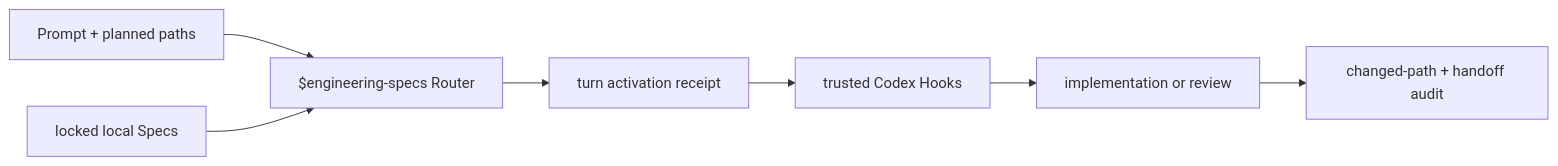
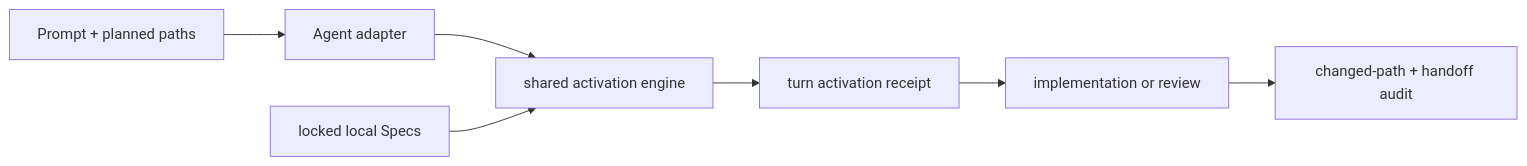
One commit to XiaoWeiKIN/RepoFoundryAI changed the third of 3 diagrams in README.md. Above: the diagram before and after it, drawn with Mermaid. The commit also changed other lines of this file and 38 other files, not shown here.

````diff
--- a/README.md
+++ b/README.md
@@ -277,9 +287,9 @@
 ```mermaid
 flowchart LR
-    P["Prompt + planned paths"] --> R["$engineering-specs Router"]
+    P["Prompt + planned paths"] --> D["Agent adapter"]
+    D --> R["shared activation engine"]
     L["locked local Specs"] --> R
     R --> A["turn activation receipt"]
-    A --> G["trusted Codex Hooks"]
-    G --> W["implementation or review"]
+    A --> W["implementation or review"]
     W --> H["changed-path + handoff audit"]
 ```
````
